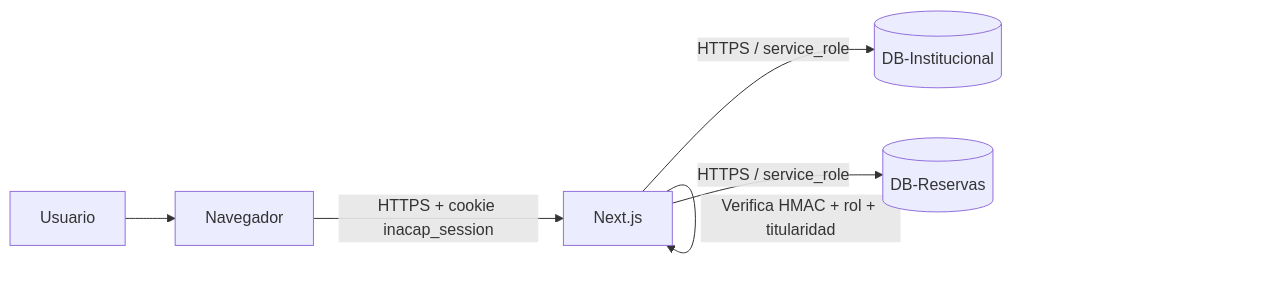
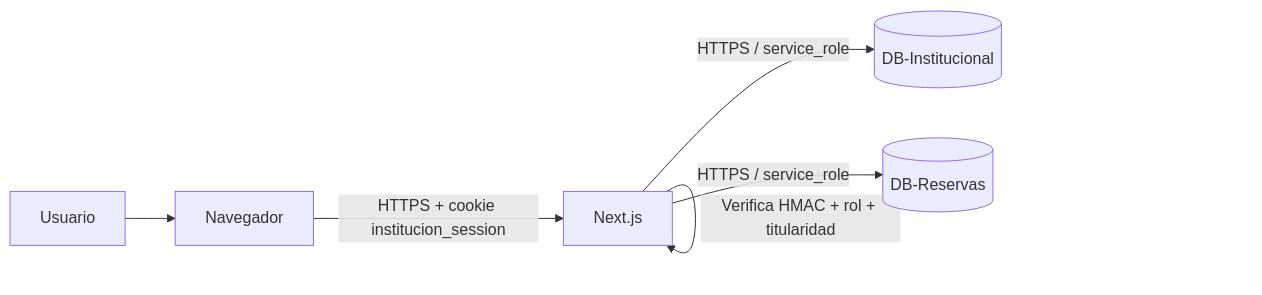
One commit to SPSolutionsOneaOne/SistemaReservas changed the diagram in docs/correccion-seguridad-10-puntos.md. Above: the diagram before and after it, drawn with Mermaid. The commit also changed other lines of this file and 8 other files, not shown here.

````diff
--- a/docs/correccion-seguridad-10-puntos.md
+++ b/docs/correccion-seguridad-10-puntos.md
@@ -32,8 +32,8 @@
 ```mermaid
 flowchart LR
     U[Usuario] --> B[Navegador]
-    B -->|HTTPS + cookie inacap_session| N[Next.js]
+    B -->|HTTPS + cookie institucion_session| N[Next.js]
     N -->|Verifica HMAC + rol + titularidad| N
     N -->|HTTPS / service_role| I[(DB-Institucional)]
     N -->|HTTPS / service_role| R[(DB-Reservas)]
 ```
````
